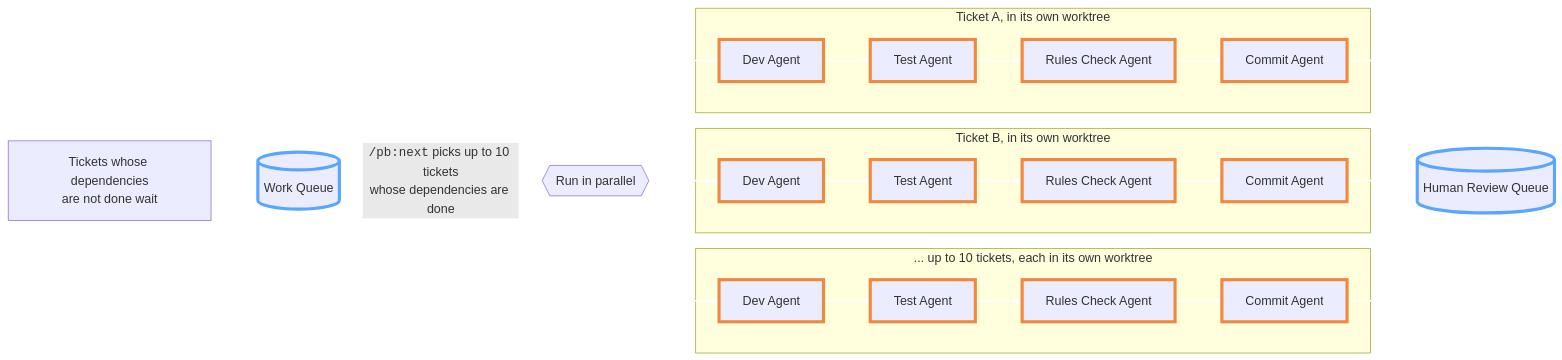
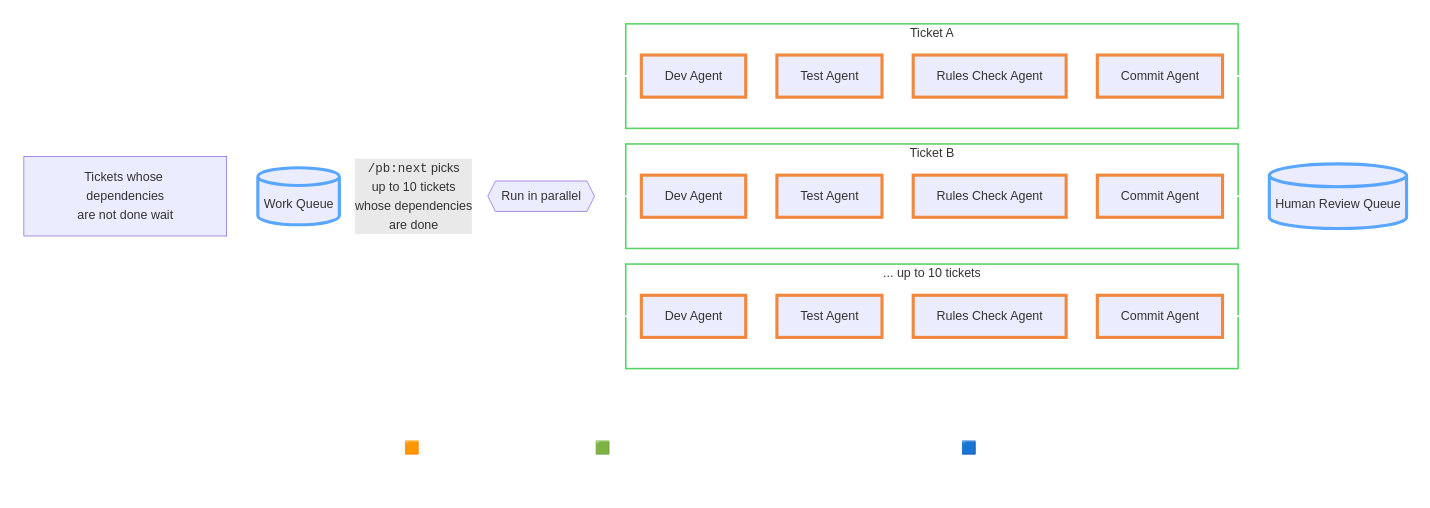
The diagram in images/handbook/pipeline-parallel.mmd (ashleydavis/playbook), drawn with Mermaid before and after one commit. The commit also changed 1 other file, not shown here.

Commit message:
Refined the new diagram.

```diff
--- a/images/handbook/pipeline-parallel.mmd
+++ b/images/handbook/pipeline-parallel.mmd
@@ -1,28 +1,45 @@
-%%{init: {'layout': 'dagre', 'flowchart': {'nodeSpacing': 60, 'rankSpacing': 60}, 'themeVariables': {'lineColor': '#ffffff'}, 'themeCSS': '.edgeLabel p { padding: 4px 8px; }'}}%%
-flowchart LR
-    WQ[("Work Queue")] -->|"<span style='font-family:monospace'>/pb:next</span> picks up to 10 tickets<br/>whose dependencies are done"| SPLIT{{"Run in parallel"}}
-    WAIT["Tickets whose dependencies<br/>are not done wait"] -.-> WQ
+%%{init: {'layout': 'dagre', 'flowchart': {'nodeSpacing': 60, 'rankSpacing': 15}, 'themeVariables': {'lineColor': '#ffffff'}, 'themeCSS': '.edgeLabel p { padding: 4px 8px; } .node rect, .node polygon, .node path, .node circle, .node ellipse, .cluster rect { filter: none !important; }'}}%%
+flowchart TB
+    subgraph MAIN[" "]
+        direction LR
+        WQ[("Work Queue")] -->|"<span style='font-family:monospace'>/pb:next</span> picks<br/>up to 10 tickets<br/>whose dependencies<br/>are done"| SPLIT{{"Run in parallel"}}
+        WAIT["Tickets whose dependencies<br/>are not done wait"] -.-> WQ
 
-    SPLIT --> A1
-    SPLIT --> B1
-    SPLIT --> C1
+        SPLIT --> A1
+        SPLIT --> B1
+        SPLIT --> C1
 
-    subgraph TA["Ticket A, in its own worktree"]
-        A1["Dev Agent"] --> A2["Test Agent"] --> A3["Rules Check Agent"] --> A4["Commit Agent"]
-    end
-    subgraph TB["Ticket B, in its own worktree"]
-        B1["Dev Agent"] --> B2["Test Agent"] --> B3["Rules Check Agent"] --> B4["Commit Agent"]
-    end
-    subgraph TC["... up to 10 tickets, each in its own worktree"]
-        C1["Dev Agent"] --> C2["Test Agent"] --> C3["Rules Check Agent"] --> C4["Commit Agent"]
+        subgraph TA["Ticket A"]
+            A1["Dev Agent"] --> A2["Test Agent"] --> A3["Rules Check Agent"] --> A4["Commit Agent"]
+        end
+        subgraph TB["Ticket B"]
+            B1["Dev Agent"] --> B2["Test Agent"] --> B3["Rules Check Agent"] --> B4["Commit Agent"]
+        end
+        subgraph TC["... up to 10 tickets"]
+            C1["Dev Agent"] --> C2["Test Agent"] --> C3["Rules Check Agent"] --> C4["Commit Agent"]
+        end
+
+        A4 --> HR[("Human Review Queue")]
+        B4 --> HR
+        C4 --> HR
     end
 
-    A4 --> HR[("Human Review Queue")]
-    B4 --> HR
-    C4 --> HR
+    subgraph LEGEND[" "]
+        direction LR
+        L_AGENT["🟧&nbsp;A&nbsp;new&nbsp;sub‑agent"] ~~~ L_TICKET["🟩&nbsp;Each&nbsp;ticket&nbsp;is&nbsp;separated&nbsp;into&nbsp;its&nbsp;own&nbsp;Git&nbsp;worktree"] ~~~ L_QUEUE["🟦&nbsp;A&nbsp;queue"]
+    end
+    MAIN ~~~ LEGEND
 
     classDef queue stroke:#58a6ff,stroke-width:4px
     classDef agent stroke:#f0883e,stroke-width:4px
     class WQ,HR queue
     class A1,A2,A3,A4,B1,B2,B3,B4,C1,C2,C3,C4 agent
+    classDef legend fill:none,stroke:none,color:#ffffff
+    class L_AGENT,L_TICKET,L_QUEUE legend
+    style MAIN fill:none,stroke:none
+    style LEGEND fill:none,stroke:none
+    style TA fill:none,stroke:#56d364,stroke-width:2px
+    style TB fill:none,stroke:#56d364,stroke-width:2px
+    style TC fill:none,stroke:#56d364,stroke-width:2px
     linkStyle default stroke:#ffffff,stroke-width:2px
+    linkStyle 17,18,19 stroke-width:0px,opacity:0
```
